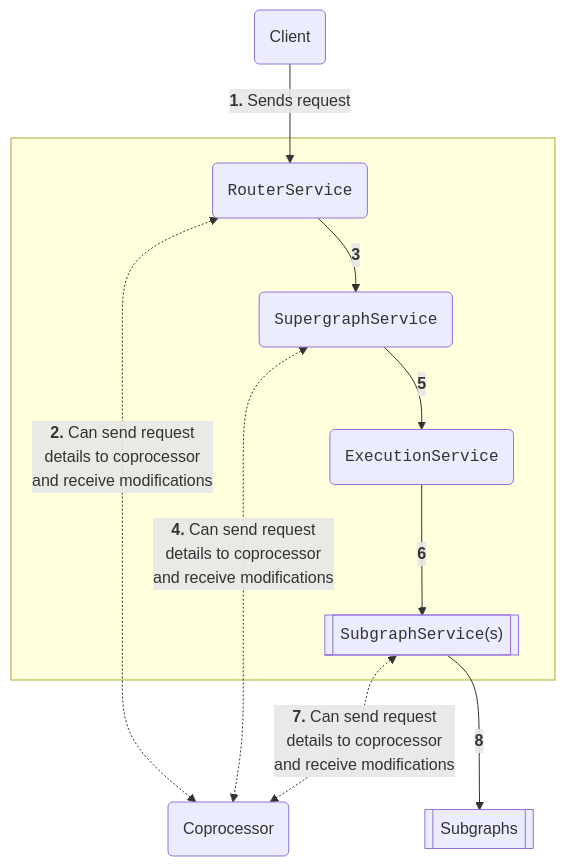
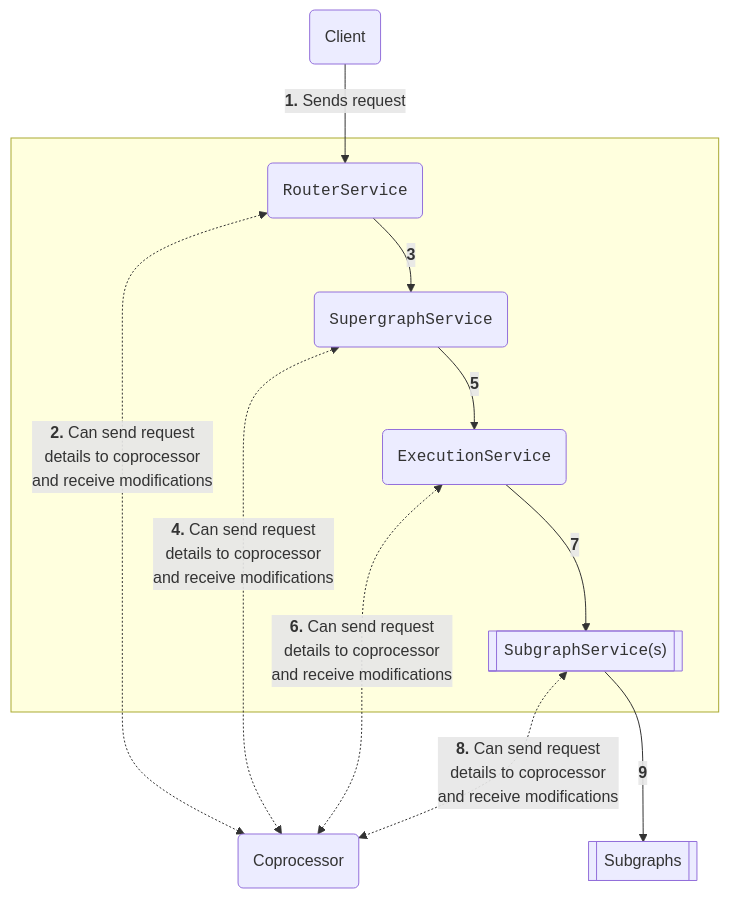
One commit to apollographql/router changed the first of 2 diagrams in docs/source/customizations/coprocessor.mdx. Above: the diagram before and after it, drawn with Mermaid. The commit also changed other lines of this file, not shown here.

````diff
--- a/docs/source/customizations/coprocessor.mdx
+++ b/docs/source/customizations/coprocessor.mdx
@@ -26,22 +26,23 @@
 ```mermaid
 flowchart TB;
   client(Client);
   coprocessing(Coprocessor);
   subgraph " "
   routerService("<code>RouterService</code>");
   supergraphService("<code>SupergraphService</code>");
   executionService("<code>ExecutionService</code>");
   subgraphService[["<code>SubgraphService</code>(s)"]];
   end;
   subgraphs[[Subgraphs]];
   client --"<b>1.</b> Sends request"--> routerService;
   routerService <-."<b>2.</b> Can send request<br/>details to coprocessor<br/>and receive modifications".-> coprocessing;
   routerService --"<b>3</b>"--> supergraphService;
   supergraphService <-."<b>4.</b> Can send request<br/>details to coprocessor<br/>and receive modifications".-> coprocessing;
   supergraphService --"<b>5</b>"--> executionService;
-  executionService --"<b>6</b>"--> subgraphService;
-  subgraphService <-."<b>7.</b> Can send request<br/>details to coprocessor<br/>and receive modifications".-> coprocessing;
-  subgraphService -- "<b>8</b>"--> subgraphs;
+  executionService <-."<b>6.</b> Can send request<br/>details to coprocessor<br/>and receive modifications".-> coprocessing;
+  executionService --"<b>7</b>"--> subgraphService;
+  subgraphService <-."<b>8.</b> Can send request<br/>details to coprocessor<br/>and receive modifications".-> coprocessing;
+  subgraphService -- "<b>9</b>"--> subgraphs;
 
   class client,subgraphs,coprocessing secondary;
 ```
````
